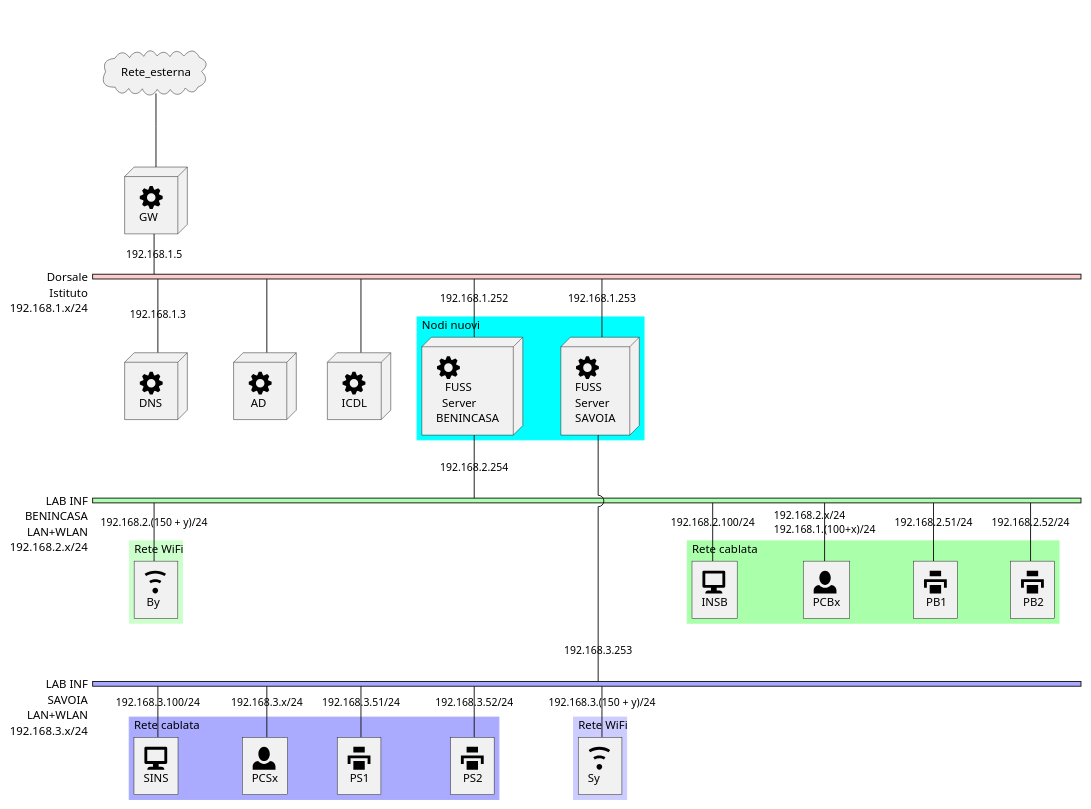
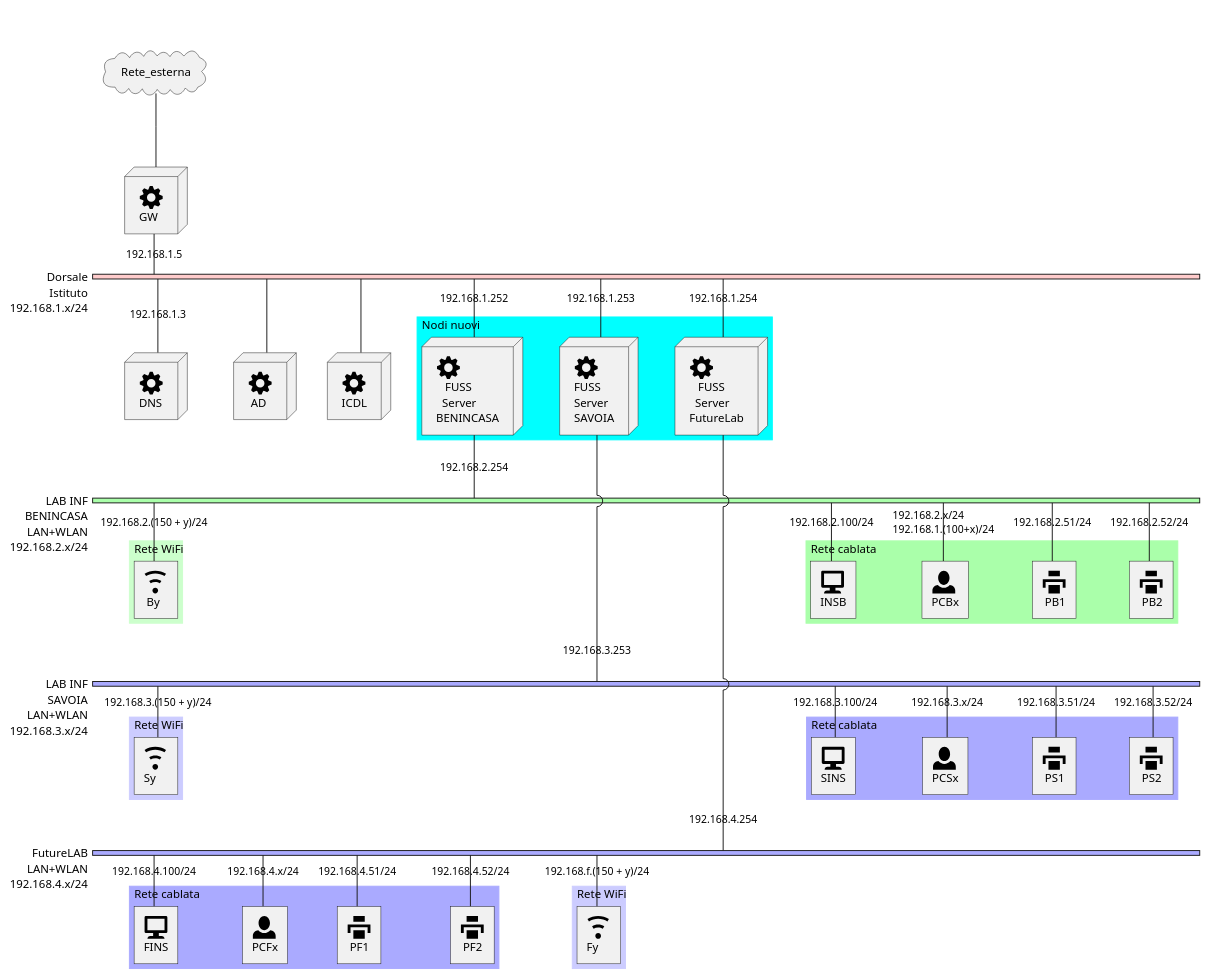
Before and after one commit to gionatamassibenincasa/as-22-23: the first of 2 diagrams in proposte/rete_laboratori/proposte_laboratori_informatica.adoc, drawn with PlantUML. The commit also changed 1 other file, not shown here.

Commit message:
Aggiunto nel diagramma della rete il FutureLab

```diff
--- a/proposte/rete_laboratori/proposte_laboratori_informatica.adoc
+++ b/proposte/rete_laboratori/proposte_laboratori_informatica.adoc
@@ -216,8 +216,7 @@
       serverICDL [shape="node" description="<&cog*3>\nICDL"];
       FSB  [address="192.168.1.252"];
       FSS  [address="192.168.1.253"];
-  
-
+      FSF  [address="192.168.1.254"];
     }
     
     group nuovo {
@@ -225,6 +224,7 @@
       color="#00FFFF";
       FSB;
       FSS;
+      FSF;
     }
   
     network Lab_Benincasa {
@@ -278,6 +278,30 @@
         WiFi_Sy [address="192.168.3.(150 + y)/24" description="<&wifi*3>\nSy"];
       }
     }
+    network Lab_FL {
+      color="#AAAAFF"
+      width="full";
+      address="192.168.4.x/24"
+      description="FutureLAB\nLAN+WLAN"
+  
+      FSF  [address="192.168.4.254" shape="node" description="<&cog*3>\n   FUSS\n  Server\nFutureLab"];
+      group F_Cabled {
+        description="Rete cablata"
+        color="#AAAAFF"
+        
+        doc_F [address="192.168.4.100/24" description="<&monitor*3>\nFINS"];
+        pc_Fx  [address="192.168.4.x/24" description="<&person*3>\nPCFx"];
+  
+        printer_F1 [address="192.168.4.51/24" description="<&print*3>\n PF1"];
+        printer_F2 [address="192.168.4.52/24" description="<&print*3>\n PF2"];
+      }
+      
+      group F_WiFi {
+        description="Rete WiFi"
+        color="#CCCCFF"
+        
+        WiFi_Fy [address="192.168.f.(150 + y)/24" description="<&wifi*3>\nFy"];
+      }
   }
 }
 ....
```
